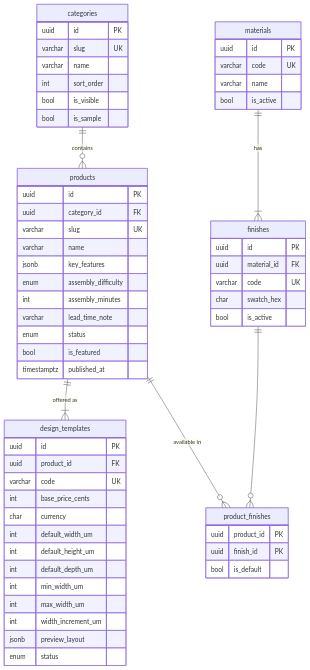
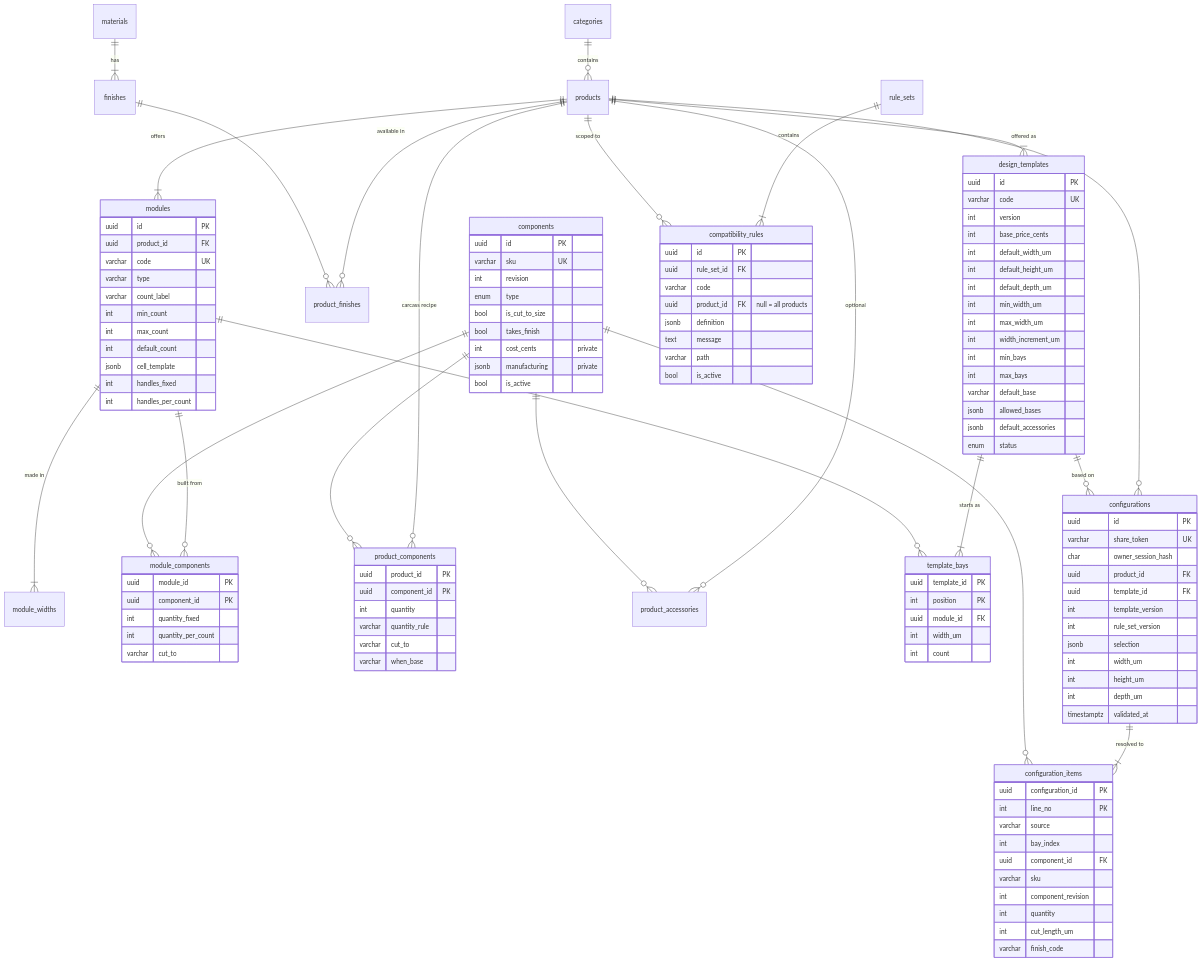
Before and after one commit to sail732/modular-furniture-studio: the first of 2 diagrams in docs/data-model.md, drawn with Mermaid. The commit also changed other lines of this file and 53 other files, not shown here.

````diff
--- a/docs/data-model.md
+++ b/docs/data-model.md
@@ -17,48 +17,104 @@
   products ||--|{ design_templates : "offered as"
   products ||--o{ product_finishes : "available in"
   finishes ||--o{ product_finishes : ""
-  materials ||--|{ finishes : "has"
+  materials ||--|{ finishes : has
+  products ||--|{ modules : offers
+  modules ||--|{ module_widths : "made in"
+  modules ||--o{ module_components : "built from"
+  components ||--o{ module_components : ""
+  products ||--o{ product_components : "carcass recipe"
+  components ||--o{ product_components : ""
+  products ||--o{ product_accessories : "optional"
+  components ||--o{ product_accessories : ""
+  design_templates ||--|{ template_bays : "starts as"
+  modules ||--o{ template_bays : ""
+  rule_sets ||--|{ compatibility_rules : contains
+  products ||--o{ compatibility_rules : "scoped to"
+  products ||--o{ configurations : ""
+  design_templates ||--o{ configurations : "based on"
+  configurations ||--|{ configuration_items : "resolved to"
+  components ||--o{ configuration_items : ""
 
-  categories { uuid id PK
-    varchar slug UK
-    varchar name
-    int sort_order
-    bool is_visible
-    bool is_sample }
-  products { uuid id PK
-    uuid category_id FK
-    varchar slug UK
-    varchar name
-    jsonb key_features
-    enum assembly_difficulty
-    int assembly_minutes
-    varchar lead_time_note
-    enum status
-    bool is_featured
-    timestamptz published_at }
   design_templates { uuid id PK
-    uuid product_id FK
     varchar code UK
+    int version
     int base_price_cents
-    char currency
     int default_width_um
     int default_height_um
     int default_depth_um
     int min_width_um
     int max_width_um
     int width_increment_um
-    jsonb preview_layout
+    int min_bays
+    int max_bays
+    varchar default_base
+    jsonb allowed_bases
+    jsonb default_accessories
     enum status }
-  materials { uuid id PK
+  components { uuid id PK
+    varchar sku UK
+    int revision
+    enum type
+    bool is_cut_to_size
+    bool takes_finish
+    int cost_cents "private"
+    jsonb manufacturing "private"
+    bool is_active }
+  modules { uuid id PK
+    uuid product_id FK
     varchar code UK
-    varchar name
+    varchar type
+    varchar count_label
+    int min_count
+    int max_count
+    int default_count
+    jsonb cell_template
+    int handles_fixed
+    int handles_per_count }
+  module_components { uuid module_id PK
+    uuid component_id PK
+    int quantity_fixed
+    int quantity_per_count
+    varchar cut_to }
+  product_components { uuid product_id PK
+    uuid component_id PK
+    int quantity
+    varchar quantity_rule
+    varchar cut_to
+    varchar when_base }
+  template_bays { uuid template_id PK
+    int position PK
+    uuid module_id FK
+    int width_um
+    int count }
+  compatibility_rules { uuid id PK
+    uuid rule_set_id FK
+    varchar code
+    uuid product_id FK "null = all products"
+    jsonb definition
+    text message
+    varchar path
     bool is_active }
-  finishes { uuid id PK
-    uuid material_id FK
-    varchar code UK
-    char swatch_hex
-    bool is_active }
-  product_finishes { uuid product_id PK
-    uuid finish_id PK
-    bool is_default }
+  configurations { uuid id PK
+    varchar share_token UK
+    char owner_session_hash
+    uuid product_id FK
+    uuid template_id FK
+    int template_version
+    int rule_set_version
+    jsonb selection
+    int width_um
+    int height_um
+    int depth_um
+    timestamptz validated_at }
+  configuration_items { uuid configuration_id PK
+    int line_no PK
+    varchar source
+    int bay_index
+    uuid component_id FK
+    varchar sku
+    int component_revision
+    int quantity
+    int cut_length_um
+    varchar finish_code }
 ```
````
